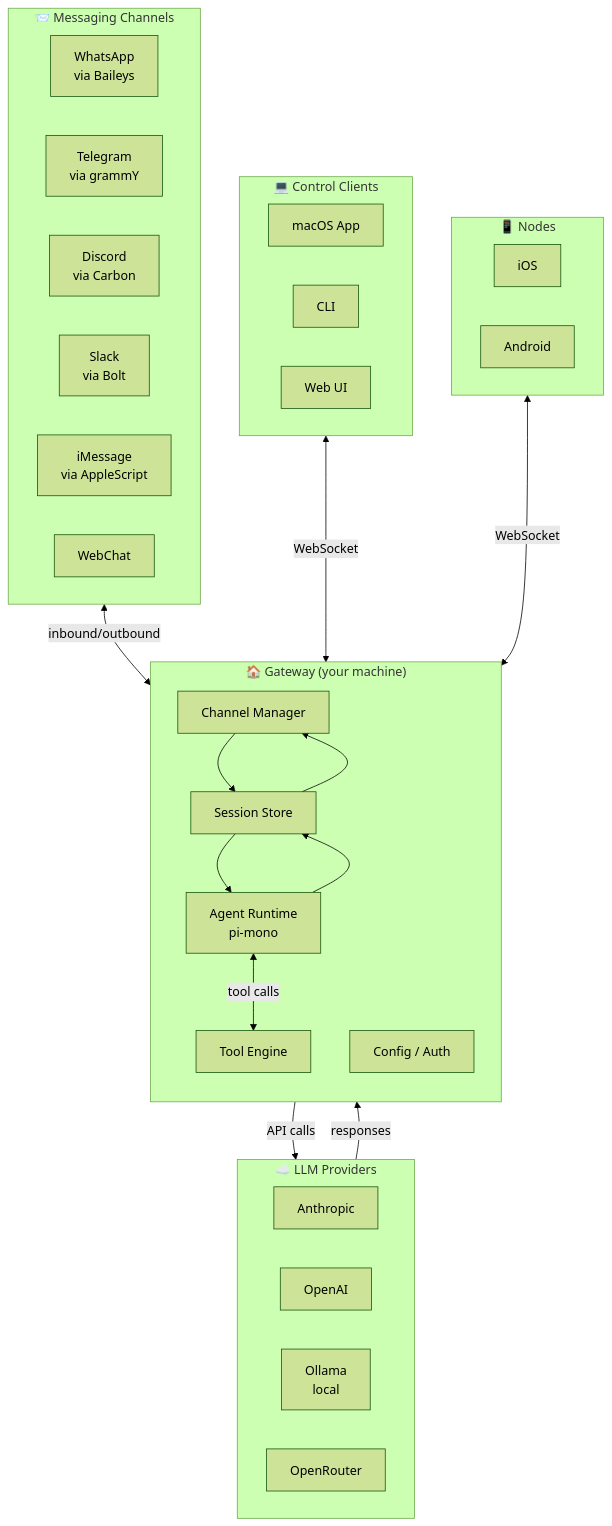
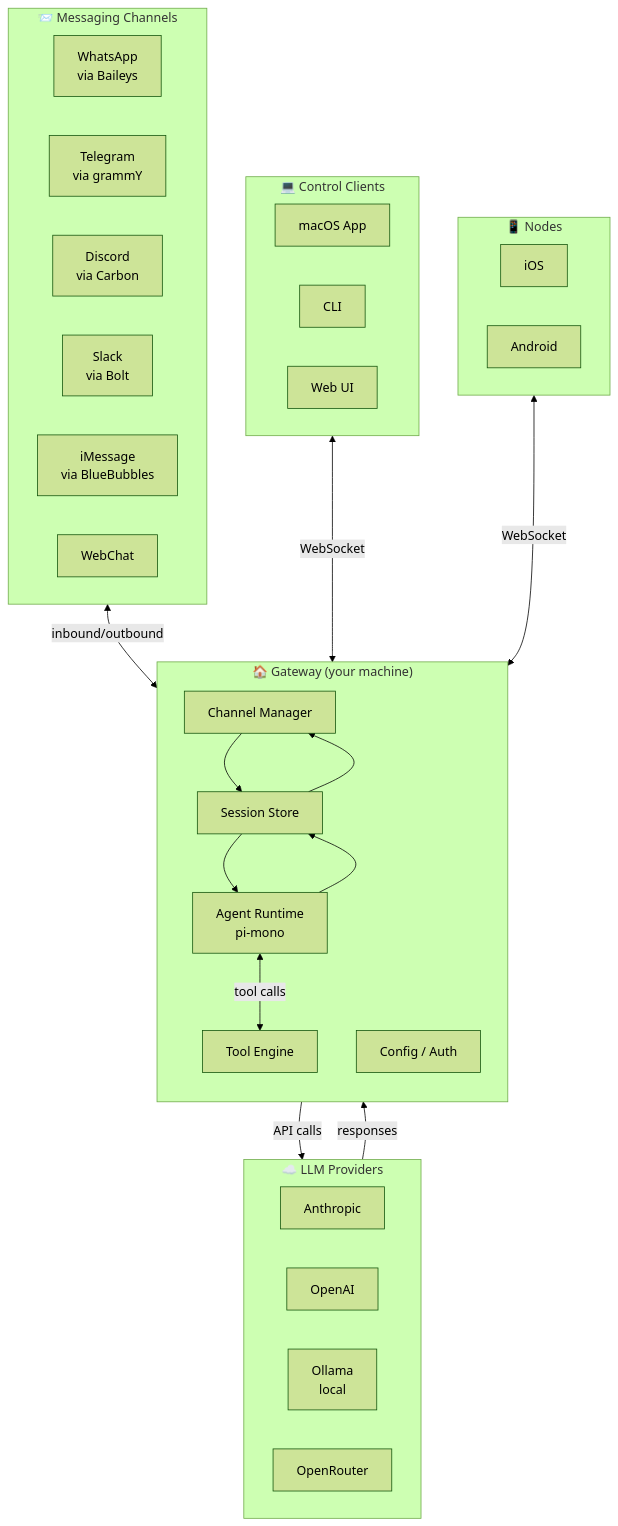
One commit to reddinft/openclaw-academy changed the first of 3 diagrams in course/module-01-overview/02-architecture-overview.md. Above: the diagram before and after it, drawn with Mermaid (forest theme). The commit also changed other lines of this file and 45 other files, not shown here.

````diff
--- a/course/module-01-overview/02-architecture-overview.md
+++ b/course/module-01-overview/02-architecture-overview.md
@@ -9,49 +9,49 @@
 ```mermaid
 graph TB
     subgraph Channels["📨 Messaging Channels"]
         WA[WhatsApp<br/>via Baileys]
         TG[Telegram<br/>via grammY]
         DC[Discord<br/>via Carbon]
         SL[Slack<br/>via Bolt]
-        IM[iMessage<br/>via AppleScript]
+        IM[iMessage<br/>via BlueBubbles]
         WC[WebChat]
     end
 
     subgraph GW["🏠 Gateway (your machine)"]
         direction TB
         CHAN[Channel Manager]
         SESS[Session Store]
         AGENT[Agent Runtime<br/>pi-mono]
         TOOLS[Tool Engine]
         CONFIG[Config / Auth]
     end
 
     subgraph Providers["☁️ LLM Providers"]
         ANT[Anthropic]
         OAI[OpenAI]
         OLL[Ollama<br/>local]
         OR[OpenRouter]
     end
 
     subgraph Clients["💻 Control Clients"]
         MAC[macOS App]
         CLI[CLI]
         WEBUI[Web UI]
     end
 
     subgraph Nodes["📱 Nodes"]
         IOS[iOS]
         AND[Android]
     end
 
     Channels <-->|inbound/outbound| CHAN
     CHAN --> SESS
     SESS --> AGENT
     AGENT <-->|tool calls| TOOLS
     AGENT -->|API calls| Providers
     Providers -->|responses| AGENT
     AGENT --> SESS
     SESS --> CHAN
     Clients <-->|WebSocket| GW
     Nodes <-->|WebSocket| GW
 ```
````
